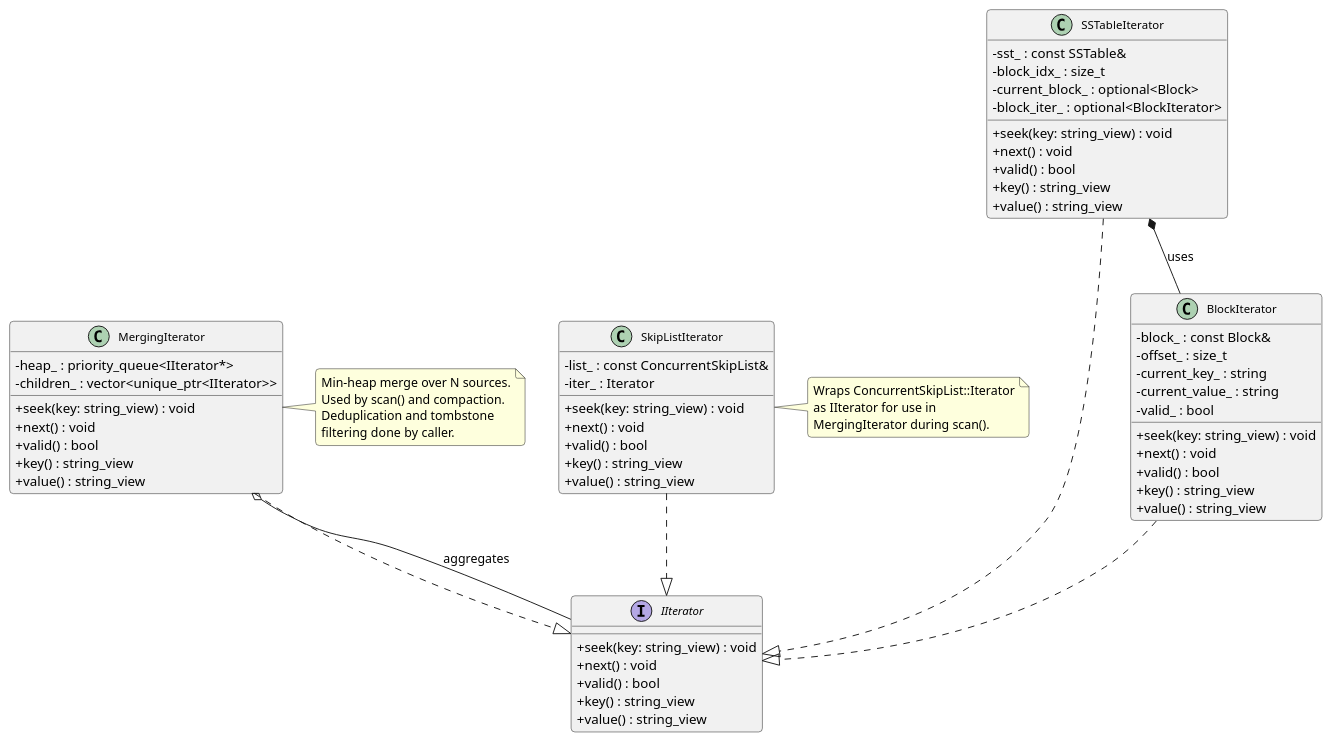
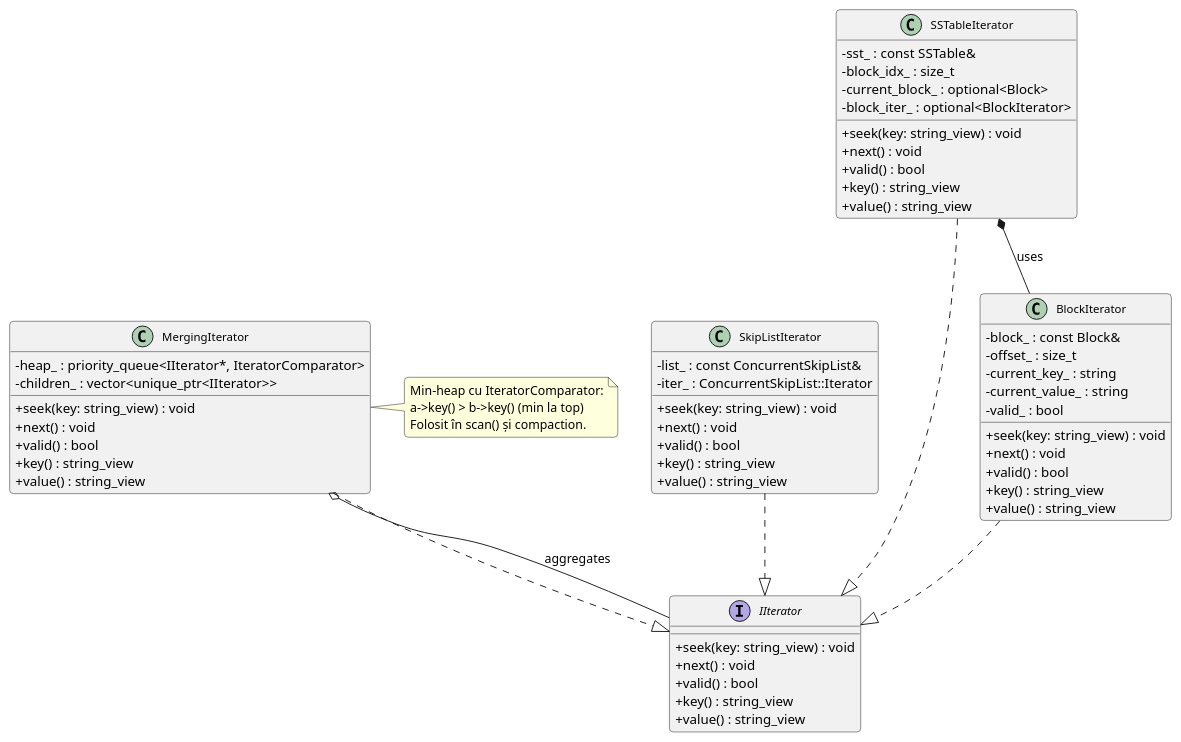
Before and after one commit to IulianBirladeanu07/lsm_tree: the diagram in docs/lsm_04_iterators.puml, drawn with PlantUML. The commit also changed 13 other files, not shown here.

Commit message:
updated existing documentation and diagrams

```diff
--- a/docs/lsm_04_iterators.puml
+++ b/docs/lsm_04_iterators.puml
@@ -1,80 +1,73 @@
 @startuml lsm_04_iterators
 skinparam classAttributeIconSize 0
 skinparam classFontSize 12
 skinparam roundCorner 8
 skinparam shadowing false
 
 interface IIterator {
   + seek(key: string_view) : void
   + next() : void
   + valid() : bool
   + key() : string_view
   + value() : string_view
 }
 
 class MergingIterator {
   + seek(key: string_view) : void
   + next() : void
   + valid() : bool
   + key() : string_view
   + value() : string_view
-  - heap_ : priority_queue<IIterator*>
+  - heap_ : priority_queue<IIterator*, IteratorComparator>
   - children_ : vector<unique_ptr<IIterator>>
 }
 
 class SkipListIterator {
   + seek(key: string_view) : void
   + next() : void
   + valid() : bool
   + key() : string_view
   + value() : string_view
   - list_ : const ConcurrentSkipList&
-  - iter_ : Iterator
+  - iter_ : ConcurrentSkipList::Iterator
 }
 
 class SSTableIterator {
   + seek(key: string_view) : void
   + next() : void
   + valid() : bool
   + key() : string_view
   + value() : string_view
   - sst_ : const SSTable&
   - block_idx_ : size_t
   - current_block_ : optional<Block>
   - block_iter_ : optional<BlockIterator>
 }
 
 class BlockIterator {
   + seek(key: string_view) : void
   + next() : void
   + valid() : bool
   + key() : string_view
   + value() : string_view
   - block_ : const Block&
   - offset_ : size_t
   - current_key_ : string
   - current_value_ : string
   - valid_ : bool
 }
 
 note right of MergingIterator
-  Min-heap merge over N sources.
-  Used by scan() and compaction.
-  Deduplication and tombstone
-  filtering done by caller.
-end note
-
-note right of SkipListIterator
-  Wraps ConcurrentSkipList::Iterator
-  as IIterator for use in
-  MergingIterator during scan().
+  Min-heap cu IteratorComparator:
+  a->key() > b->key() (min la top)
+  Folosit în scan() și compaction.
 end note
 
 SkipListIterator  ..|> IIterator
 SSTableIterator   ..|> IIterator
 BlockIterator     ..|> IIterator
 MergingIterator   ..|> IIterator
 MergingIterator   o-- IIterator : aggregates
 SSTableIterator   *-- BlockIterator : uses
 
 @enduml
```
